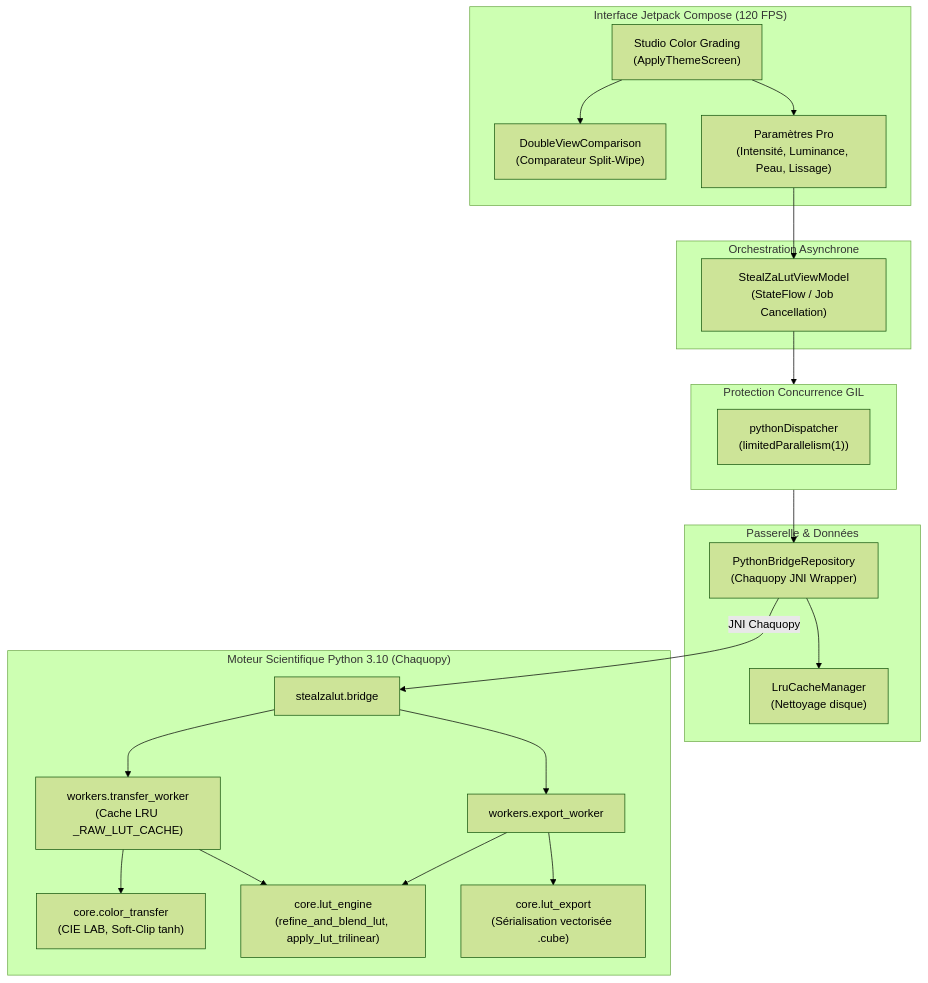
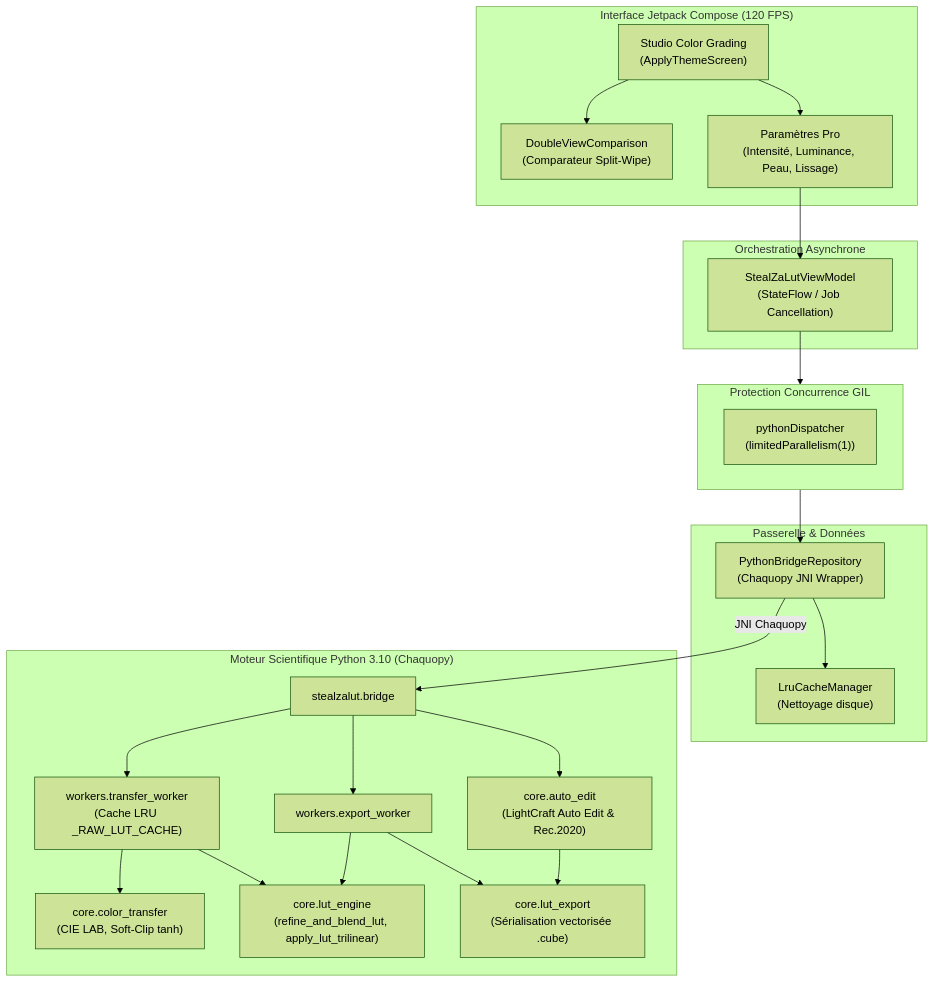
One commit to Aupiet/StealZaLut_Mobile changed the diagram in README.md. Above: the diagram before and after it, drawn with Mermaid (forest theme). The commit also changed other lines of this file and 39 other files, not shown here.

Commit message:
feat: add MetricsInfoScreen, AutoEdit core logic, update repositories and python bridge

````diff
--- a/README.md
+++ b/README.md
@@ -77,45 +89,48 @@
 ```mermaid
 graph TD
     subgraph UI_Layer ["Interface Jetpack Compose (120 FPS)"]
         Studio["Studio Color Grading\n(ApplyThemeScreen)"]
         DoubleView["DoubleViewComparison\n(Comparateur Split-Wipe)"]
         Sliders["Paramètres Pro\n(Intensité, Luminance, Peau, Lissage)"]
     end
 
     subgraph ViewModel_Layer ["Orchestration Asynchrone"]
         VM["StealZaLutViewModel\n(StateFlow / Job Cancellation)"]
     end
 
     subgraph Concurrency_Guard ["Protection Concurrence GIL"]
         Dispatcher["pythonDispatcher\n(limitedParallelism(1))"]
     end
 
     subgraph Data_Layer ["Passerelle & Données"]
         BridgeRepo["PythonBridgeRepository\n(Chaquopy JNI Wrapper)"]
         LRU["LruCacheManager\n(Nettoyage disque)"]
     end
 
     subgraph Python_Backend ["Moteur Scientifique Python 3.10 (Chaquopy)"]
         BridgePy["stealzalut.bridge"]
         TransferWorker["workers.transfer_worker\n(Cache LRU _RAW_LUT_CACHE)"]
         ExportWorker["workers.export_worker"]
+        AutoEdit["core.auto_edit\n(LightCraft Auto Edit & Rec.2020)"]
         ColorTransfer["core.color_transfer\n(CIE LAB, Soft-Clip tanh)"]
         LutEngine["core.lut_engine\n(refine_and_blend_lut, apply_lut_trilinear)"]
         LutExport["core.lut_export\n(Sérialisation vectorisée .cube)"]
     end
 
     Studio --> Sliders
     Sliders --> VM
     Studio --> DoubleView
     VM --> Concurrency_Guard
     Concurrency_Guard --> BridgeRepo
     BridgeRepo --> LRU
     BridgeRepo -->|JNI Chaquopy| BridgePy
 
     BridgePy --> TransferWorker
     BridgePy --> ExportWorker
+    BridgePy --> AutoEdit
     TransferWorker --> LutEngine
     TransferWorker --> ColorTransfer
     ExportWorker --> LutEngine
     ExportWorker --> LutExport
+    AutoEdit --> LutExport
 ```
````
